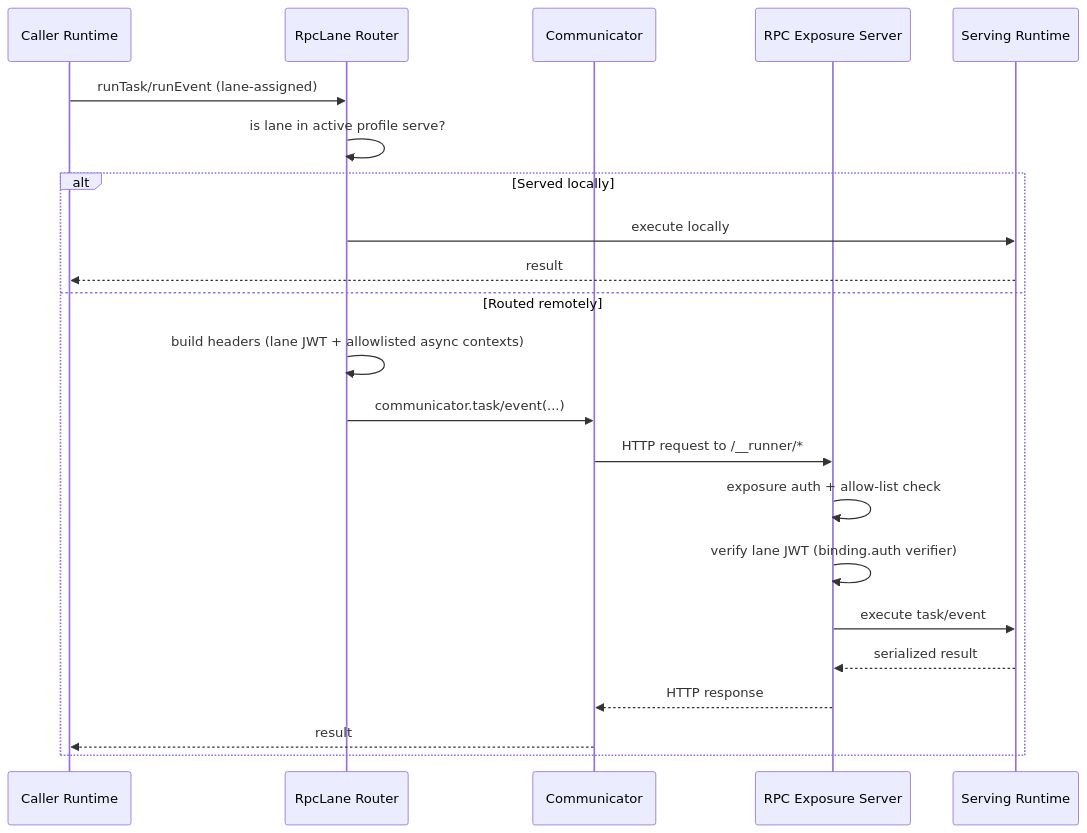
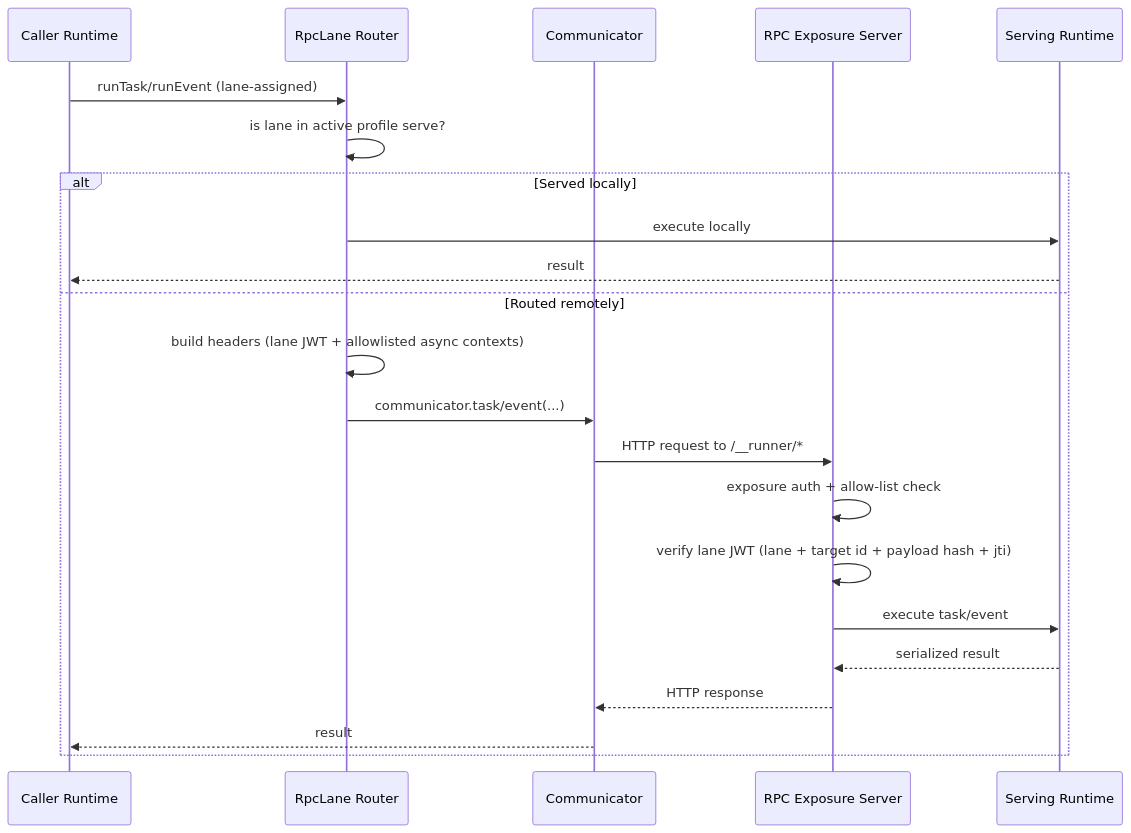
Before and after one commit to bluelibs/runner: the fourth of 4 diagrams in readmes/REMOTE_LANES.md, drawn with Mermaid. The commit also changed other lines of this file and 45 other files, not shown here.

````diff
--- a/readmes/REMOTE_LANES.md
+++ b/readmes/REMOTE_LANES.md
@@ -561,25 +561,25 @@
 ```mermaid
 sequenceDiagram
     participant CR as Caller Runtime
     participant RL as RpcLane Router
     participant CM as Communicator
     participant EX as RPC Exposure Server
     participant SR as Serving Runtime
 
     CR->>RL: runTask/runEvent (lane-assigned)
     RL->>RL: is lane in active profile serve?
     alt Served locally
       RL->>SR: execute locally
       SR-->>CR: result
     else Routed remotely
       RL->>RL: build headers (lane JWT + allowlisted async contexts)
       RL->>CM: communicator.task/event(...)
       CM->>EX: HTTP request to /__runner/*
       EX->>EX: exposure auth + allow-list check
-      EX->>EX: verify lane JWT (binding.auth verifier)
+      EX->>EX: verify lane JWT (lane + target id + payload hash + jti)
       EX->>SR: execute task/event
       SR-->>EX: serialized result
       EX-->>CM: HTTP response
       CM-->>CR: result
     end
 ```
````
